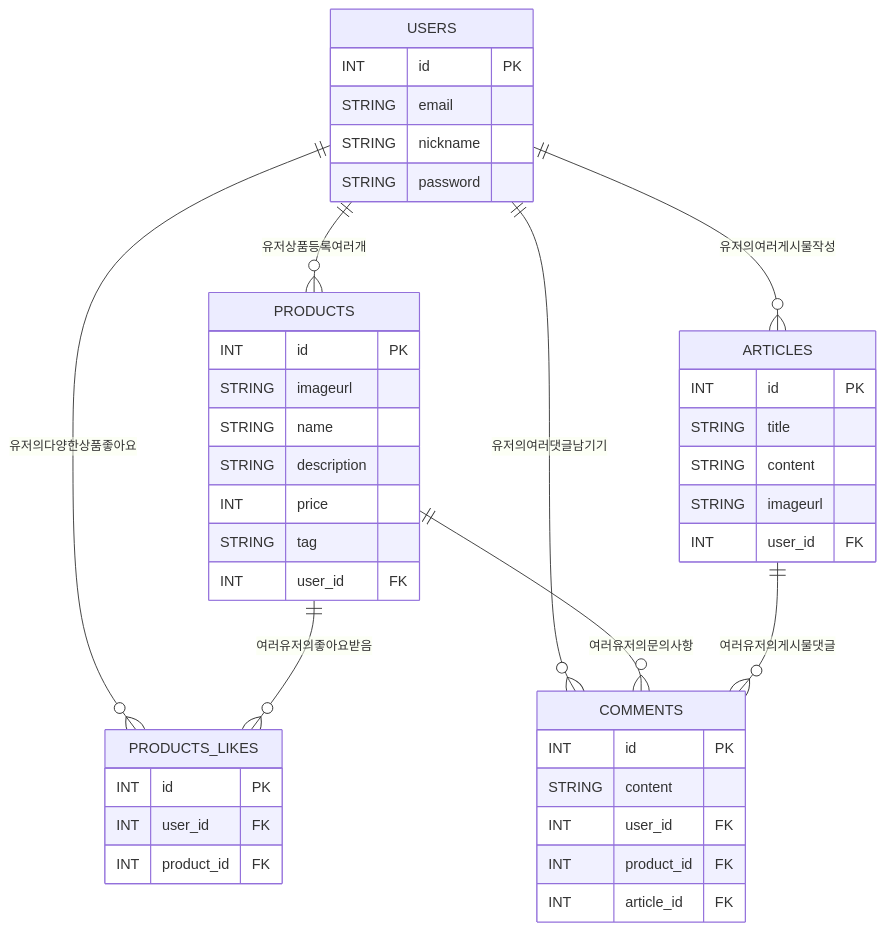
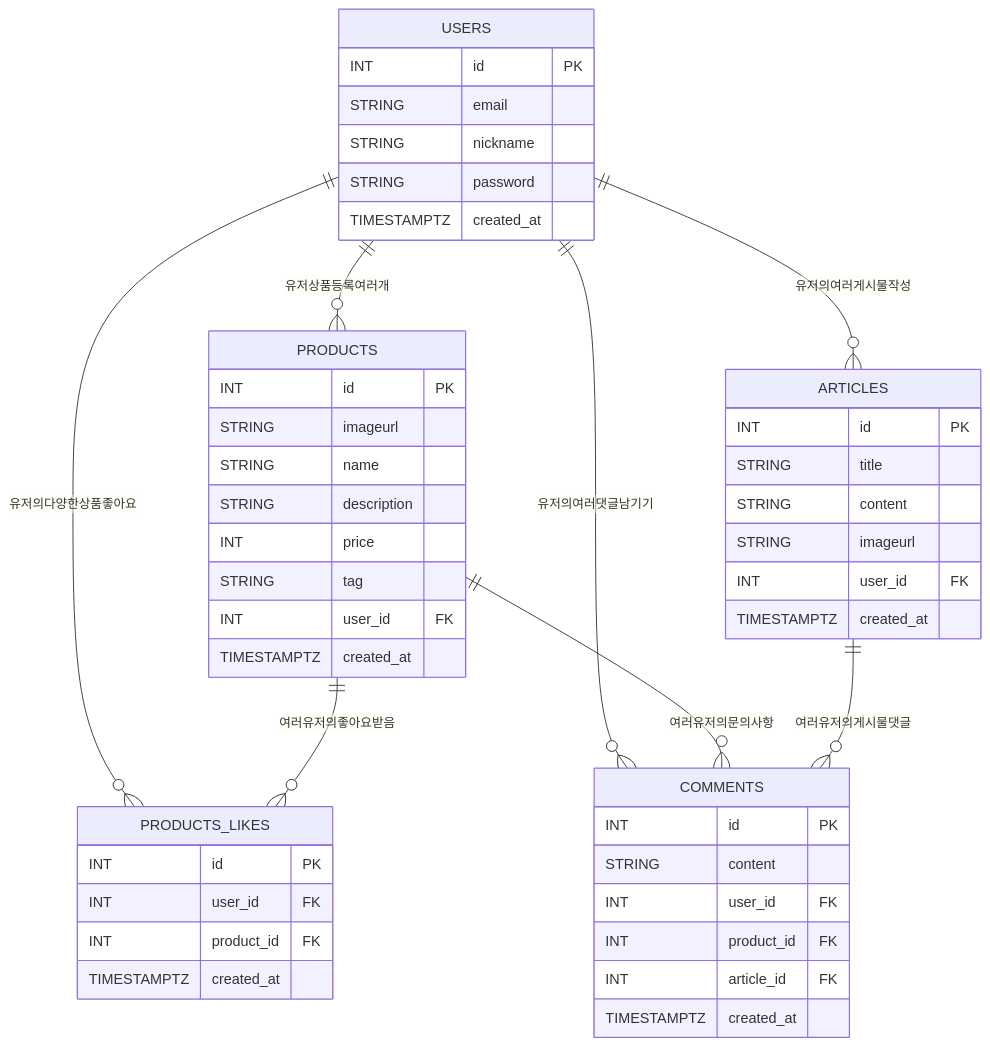
Before and after one commit to nbkominjae/2-sprint-mission: the diagram in README.md, drawn with Mermaid.

````diff
--- a/README.md
+++ b/README.md
@@ -1,51 +1,55 @@
 ```mermaid
 
 erDiagram
     USERS ||--o{ PRODUCTS : "유저상품등록여러개"
     USERS ||--o{ PRODUCTS_LIKES : "유저의다양한상품좋아요"
     PRODUCTS ||--o{ PRODUCTS_LIKES : "여러유저의좋아요받음"
     USERS ||--o{ ARTICLES : "유저의여러게시물작성"
     USERS ||--o{ COMMENTS : "유저의여러댓글남기기"
     PRODUCTS ||--o{ COMMENTS : "여러유저의문의사항"
     ARTICLES ||--o{ COMMENTS : "여러유저의게시물댓글"
 
     USERS {
         INT id PK
         STRING email 
         STRING nickname
         STRING password
+        TIMESTAMPTZ created_at
     }
 
     PRODUCTS {
         INT id PK
         STRING imageurl
         STRING name
         STRING description
         INT price
         STRING tag
         INT user_id FK
+        TIMESTAMPTZ   created_at
     }
 
     PRODUCTS_LIKES {
         INT id PK
         INT user_id FK
         INT product_id FK
+        TIMESTAMPTZ   created_at
     }
 
     ARTICLES {
         INT id PK
         STRING title
         STRING content
         STRING imageurl
         INT user_id FK
+        TIMESTAMPTZ   created_at
     }
 
     COMMENTS {
         INT id PK
         STRING content
         INT user_id FK
         INT product_id FK
         INT article_id FK
+        TIMESTAMPTZ   created_at
     }
-
 ```
````
